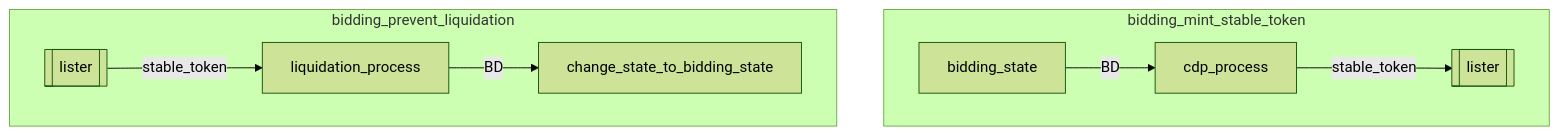
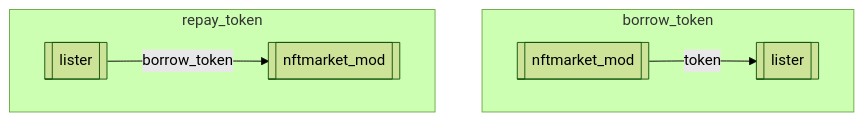
The sixth of 9 diagrams in docs/architecture/adr-nft-market/03_listing_state.md (UnUniFi/chain), drawn with Mermaid (forest theme) before and after one commit. The commit also changed other lines of this file and 1 other file, not shown here.

Commit message:
feat: update flow for v2

````diff
--- a/docs/architecture/adr-nft-market/03_listing_state.md
+++ b/docs/architecture/adr-nft-market/03_listing_state.md
@@ -140,16 +129,15 @@
 ```mermaid
 flowchart TD
-subgraph bidding_mint_stable_token
+subgraph borrow_token
   lister[[lister]]
+  nftmarket_mod[[nftmarket_mod]]
 
-  bidding_state --BD--> cdp_process
-  cdp_process--stable_token--> lister
+  nftmarket_mod --token--> lister
 end
 
-subgraph bidding_prevent_liquidation
+subgraph repay_token
   lister2[[lister]]
-
-  lister2 --stable_token--> liquidation_process
-  liquidation_process--BD--> change_state_to_bidding_state
+  nftmarket_mod1[[nftmarket_mod]]
+  lister2 --borrow_token--> nftmarket_mod1
 end
 ```
````
